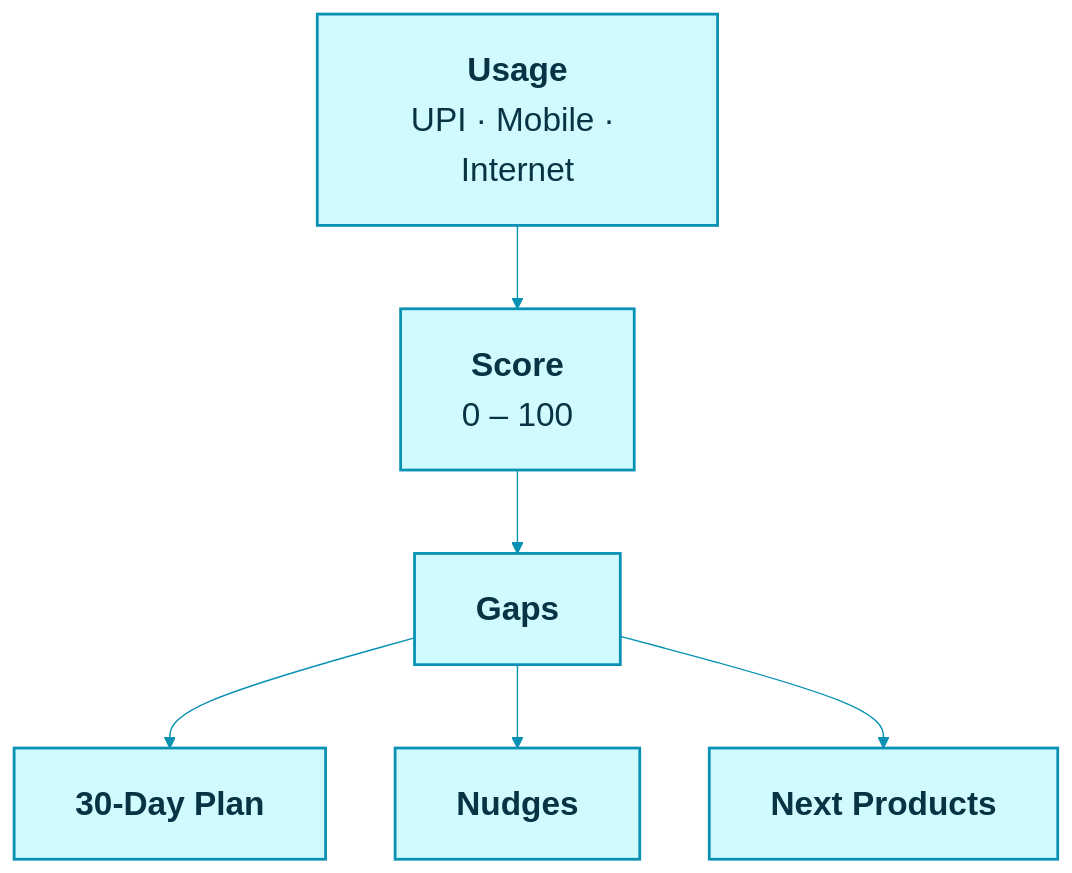
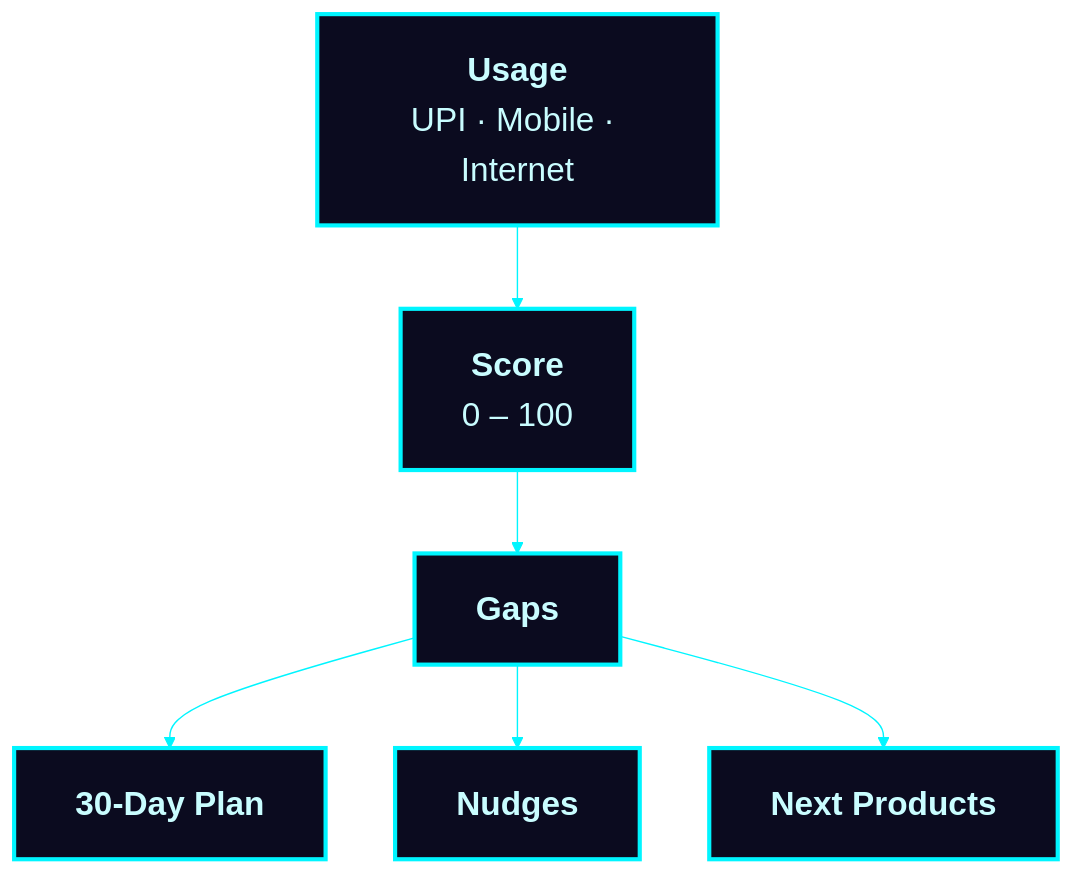
The ninth of 13 diagrams in README.md (Mansi232323/MANSHORA), drawn with Mermaid before and after one commit. The commit also changed other lines of this file, not shown here.

````diff
--- a/README.md
+++ b/README.md
@@ -331,10 +331,10 @@
 ```mermaid
-%%{init: {'theme':'base','themeVariables':{'fontSize':'24px','lineColor':'#0891b2'},'flowchart':{'nodeSpacing':50,'rankSpacing':60,'padding':22,'htmlLabels':true}}}%%
+%%{init: {'theme':'base','themeVariables':{'fontSize':'24px','lineColor':'#00f5ff','clusterBkg':'#0b0b1f','clusterBorder':'#ff00e5','titleColor':'#ff00e5','edgeLabelBackground':'#0b0b1f'},'flowchart':{'nodeSpacing':50,'rankSpacing':60,'padding':22,'htmlLabels':true}}}%%
 flowchart TB
     U["<b>Usage</b><br/>UPI · Mobile · Internet"] --> S["<b>Score</b><br/>0 – 100"] --> G["<b>Gaps</b>"]
     G --> P["<b>30-Day Plan</b>"]
     G --> N["<b>Nudges</b>"]
     G --> X["<b>Next Products</b>"]
-    classDef a fill:#cffafe,stroke:#0891b2,stroke-width:2px,color:#083344
+    classDef a fill:#0b0b1f,stroke:#00f5ff,stroke-width:3px,color:#c9fdff
     class U,S,G,P,N,X a
 ```
````
